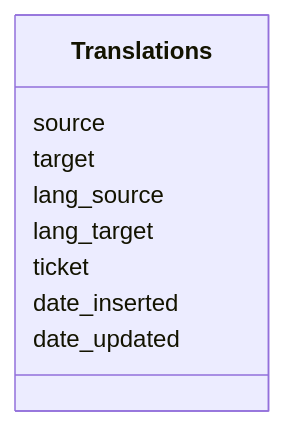
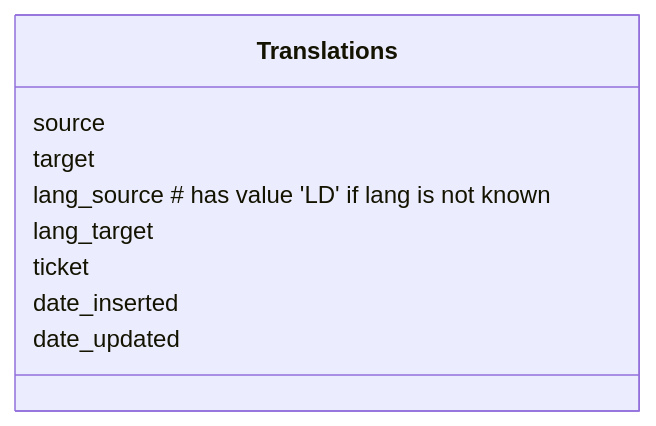
The diagram in translation/README.md (soilwise-he/metadata-augmentation), drawn with Mermaid before and after one commit. The commit also changed other lines of this file, not shown here.

````diff
--- a/translation/README.md
+++ b/translation/README.md
@@ -14,15 +14,15 @@
 ```mermaid
 classDiagram
     Translations 
  
     class Translations{
         source
         target
-        lang_source
+        lang_source # has value 'LD' if lang is not known
         lang_target
         ticket
         date_inserted
         date_updated
     }
 
 ```
````
